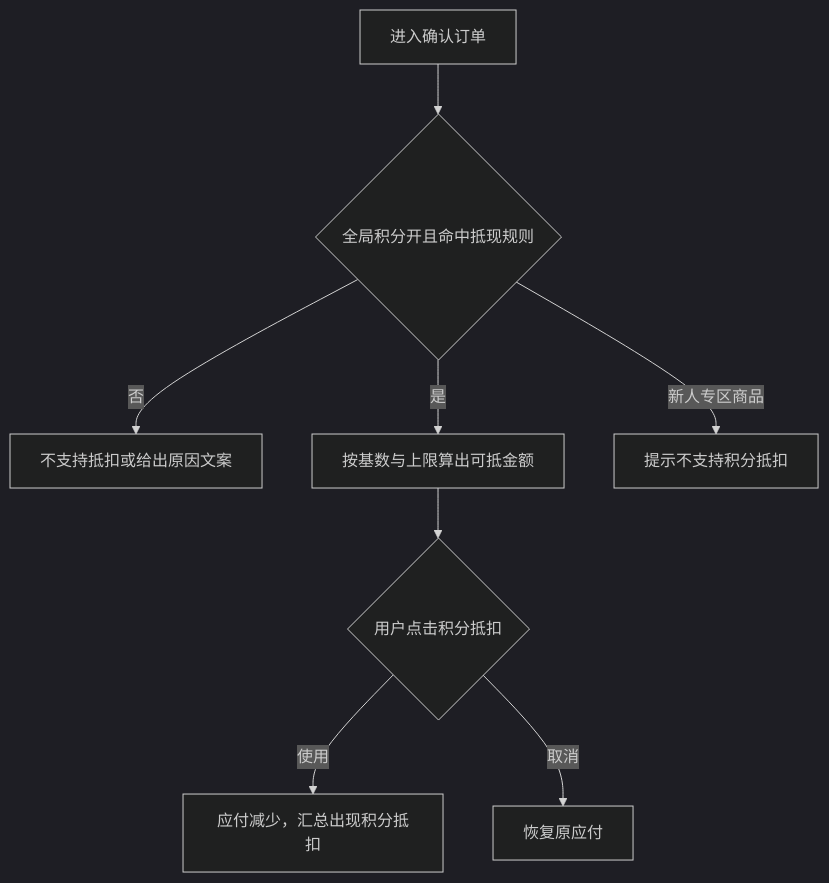
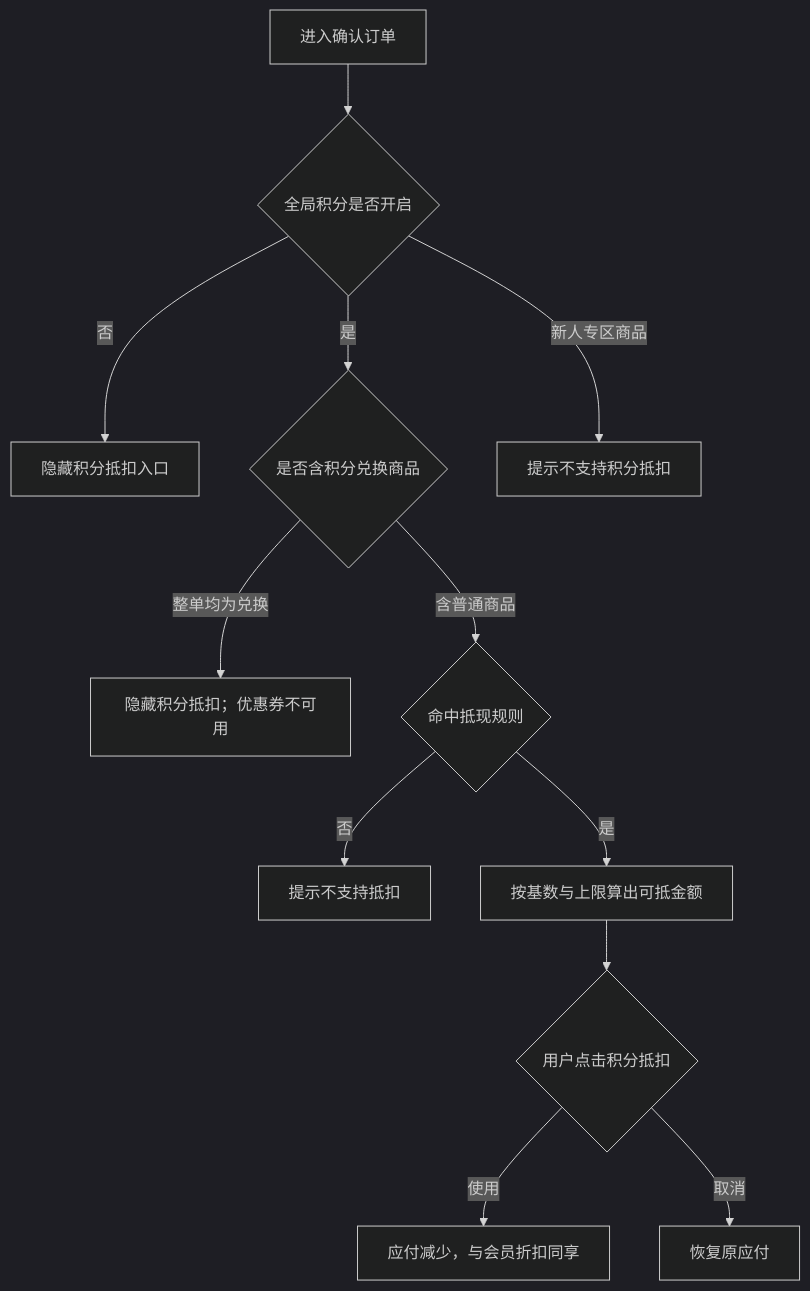
The sixth of 15 diagrams in prototype-prd/670-积分整体需求：积分规则、积分获取、积分抵现、积分明细、积分商城.md (342-droid/LFerp), drawn with Mermaid (dark theme) before and after one commit. The commit also changed other lines of this file and 40 other files, not shown here.

````diff
--- a/prototype-prd/670-积分整体需求：积分规则、积分获取、积分抵现、积分明细、积分商城.md
+++ b/prototype-prd/670-积分整体需求：积分规则、积分获取、积分抵现、积分明细、积分商城.md
@@ -383,10 +396,14 @@
 ```mermaid
 flowchart TD
-  A[进入确认订单] --> B{全局积分开且命中抵现规则}
-  B -->|否| C[不支持抵扣或给出原因文案]
-  B -->|是| D[按基数与上限算出可抵金额]
-  D --> E{用户点击积分抵扣}
-  E -->|使用| F[应付减少，汇总出现积分抵扣]
-  E -->|取消| G[恢复原应付]
-  B -->|新人专区商品| H[提示不支持积分抵扣]
+  A[进入确认订单] --> B{全局积分是否开启}
+  B -->|否| C[隐藏积分抵扣入口]
+  B -->|是| D{是否含积分兑换商品}
+  D -->|整单均为兑换| E[隐藏积分抵扣；优惠券不可用]
+  D -->|含普通商品| F{命中抵现规则}
+  F -->|否| G[提示不支持抵扣]
+  F -->|是| H[按基数与上限算出可抵金额]
+  H --> I{用户点击积分抵扣}
+  I -->|使用| J[应付减少，与会员折扣同享]
+  I -->|取消| K[恢复原应付]
+  B -->|新人专区商品| L[提示不支持积分抵扣]
 ```
````
